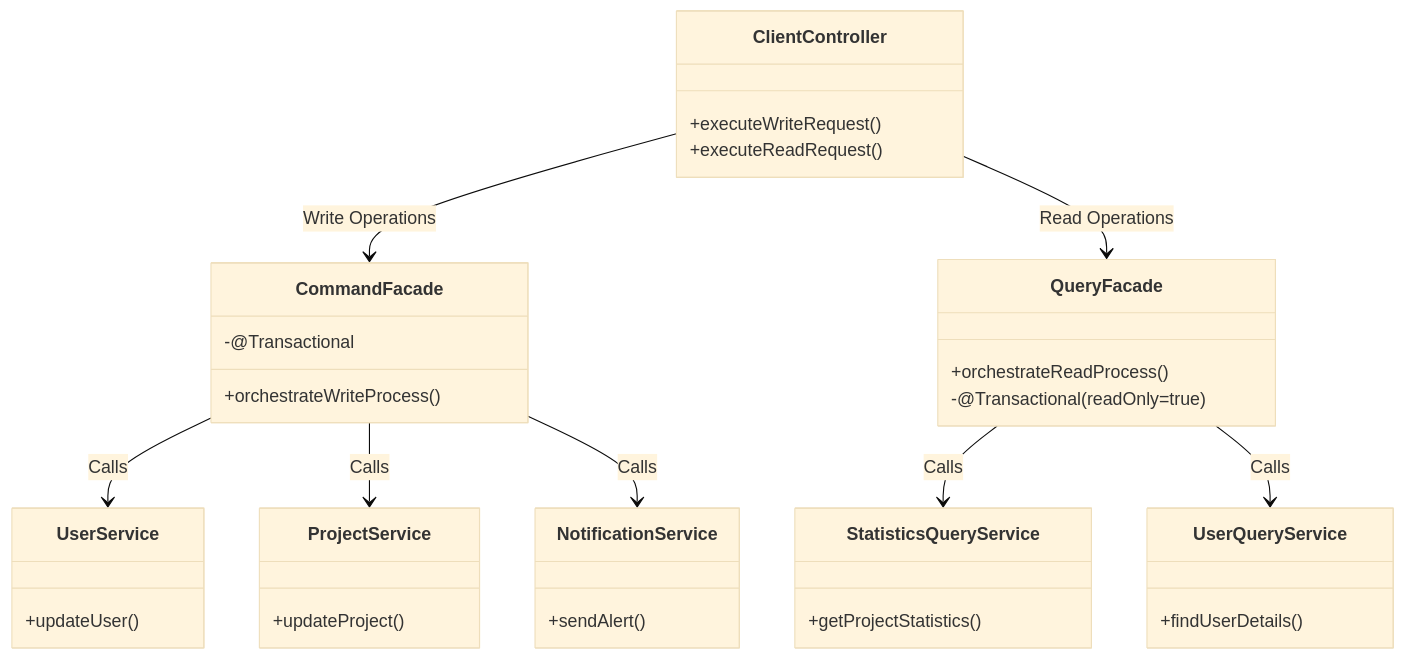
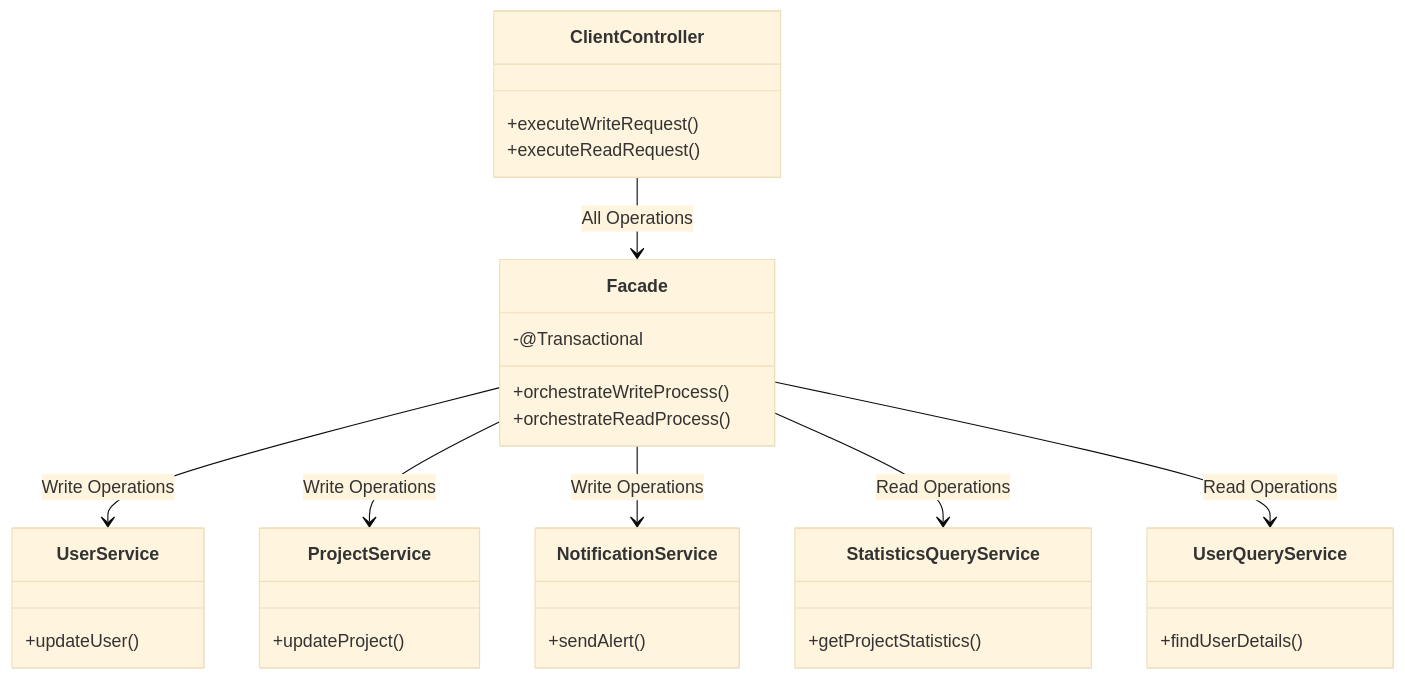
One commit to PKNU-CERT-IS/BE changed the second of 4 diagrams in README.md. Above: the diagram before and after it, drawn with Mermaid (base theme). The commit also changed other lines of this file, not shown here.

Commit message:
Docs: Change structure integrated facade

````diff
--- a/README.md
+++ b/README.md
@@ -87,38 +86,34 @@
 ```mermaid
 classDiagram
     class ClientController {
         +executeWriteRequest()
         +executeReadRequest()
     }
-    class CommandFacade {
+    class Facade {
         +orchestrateWriteProcess()
+        +orchestrateReadProcess()
         -@Transactional
-    }
-    class QueryFacade {
-        +orchestrateReadProcess()
-        -@Transactional(readOnly=true)
     }
     class UserService {
         +updateUser()
     }
     class ProjectService {
         +updateProject()
     }
     class NotificationService {
         +sendAlert()
     }
     class StatisticsQueryService {
         +getProjectStatistics()
     }
     class UserQueryService {
         +findUserDetails()
     }
 
-    ClientController --> CommandFacade : Write Operations
-    ClientController --> QueryFacade : Read Operations
-    CommandFacade --> UserService : Calls
-    CommandFacade --> ProjectService : Calls
-    CommandFacade --> NotificationService : Calls
-    QueryFacade --> StatisticsQueryService : Calls
-    QueryFacade --> UserQueryService : Calls
+    ClientController --> Facade : All Operations
+    Facade --> UserService : Write Operations
+    Facade --> ProjectService : Write Operations
+    Facade --> NotificationService : Write Operations
+    Facade --> StatisticsQueryService : Read Operations
+    Facade --> UserQueryService : Read Operations
 ```
````
